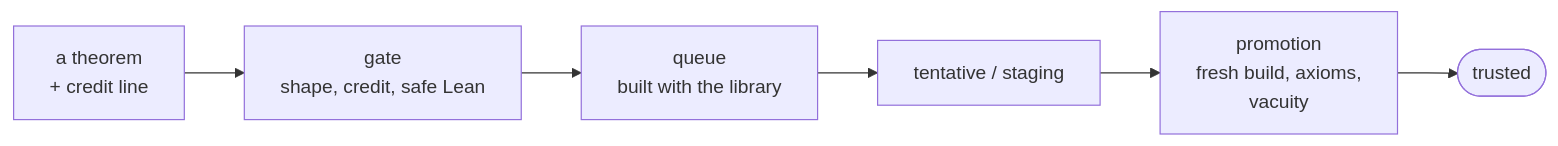
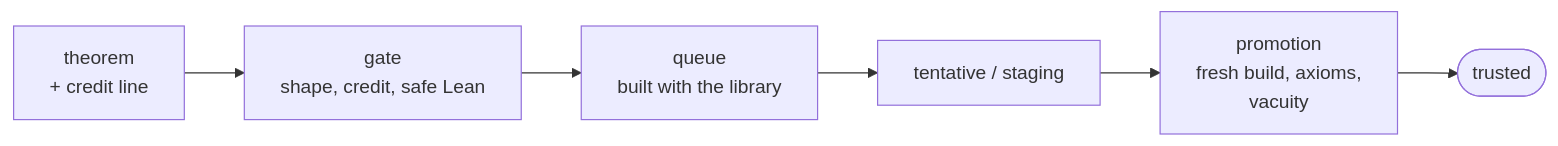
One commit to competemath/tengoku-sandbox changed the diagram in readme-draft.md. Above: the diagram before and after it, drawn with Mermaid. The commit also changed other lines of this file, not shown here.

Commit message:
README draft v2: the why with outside evidence, trusted spelled out with its limits, where it fits

````diff
--- a/readme-draft.md
+++ b/readme-draft.md
@@ -30,4 +28,4 @@
 ```mermaid
 flowchart LR
-  A["a theorem<br/>+ credit line"] --> B["gate<br/>shape, credit, safe Lean"] --> C["queue<br/>built with the library"] --> D["tentative / staging"] --> E["promotion<br/>fresh build, axioms,<br/>vacuity"] --> F(["trusted"])
+  A["theorem<br/>+ credit line"] --> B["gate<br/>shape, credit, safe Lean"] --> C["queue<br/>built with the library"] --> D["tentative / staging"] --> E["promotion<br/>fresh build, axioms,<br/>vacuity"] --> F(["trusted"])
 ```
````
